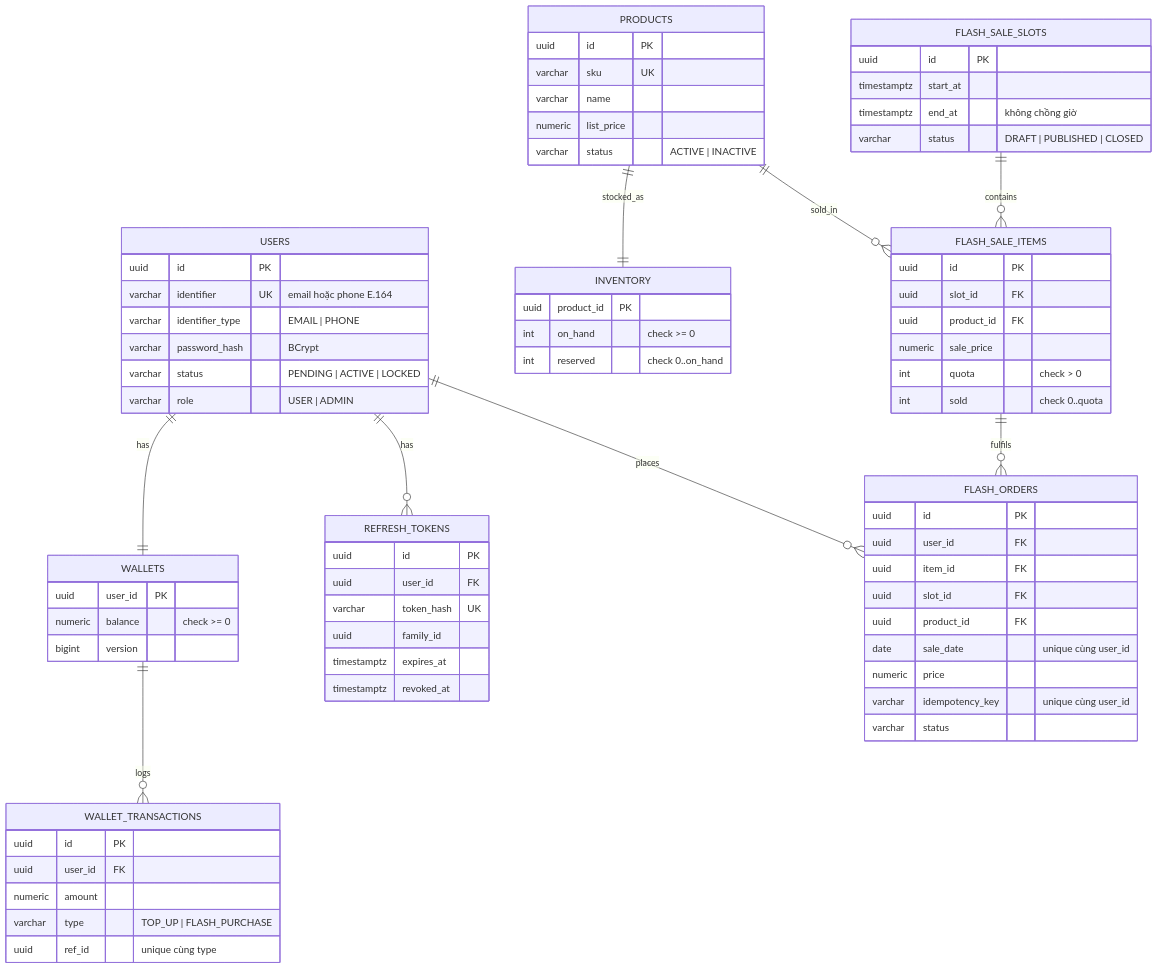
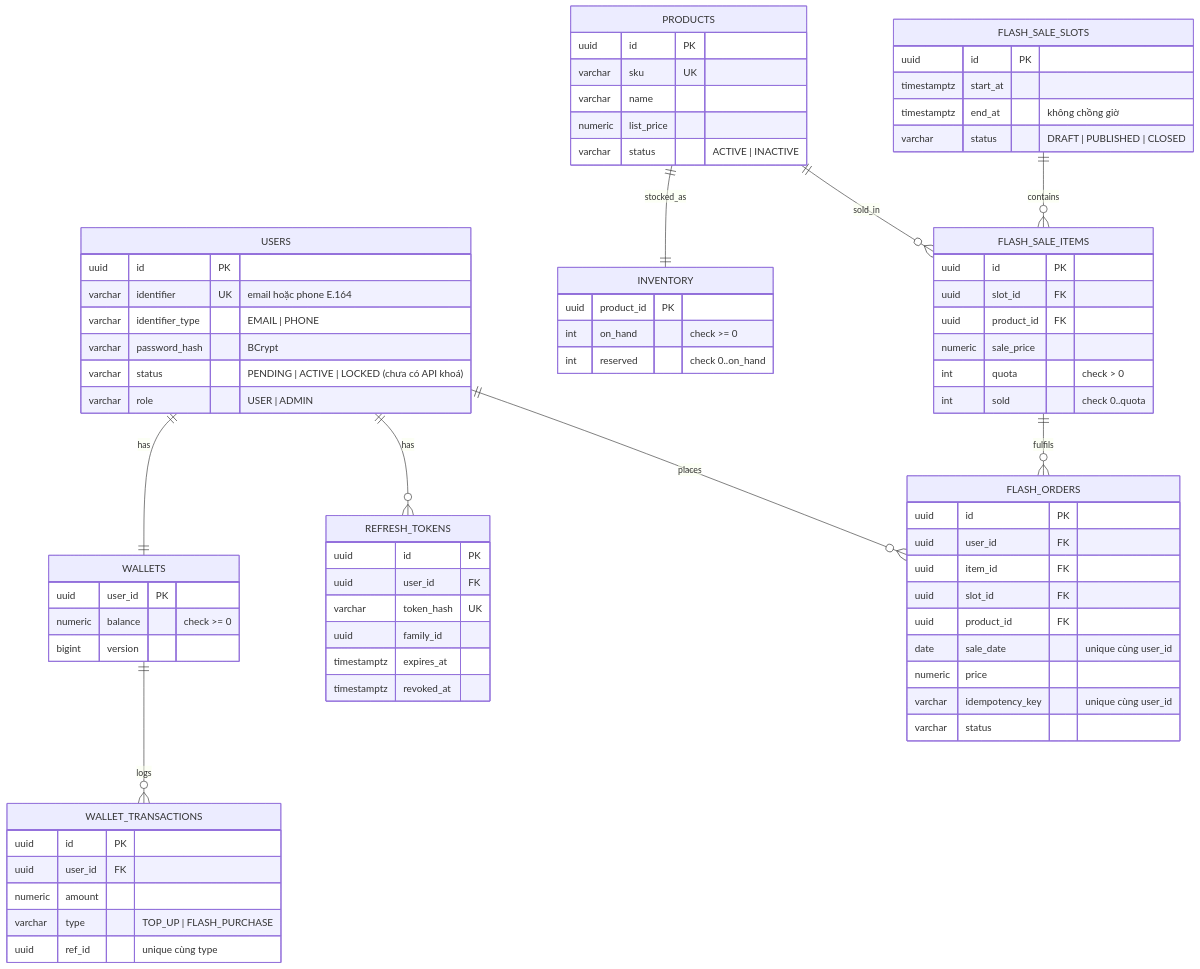
One commit to lebronjamesbe01-dev/flashsale-service changed the fourth of 14 diagrams in docs/system-design.md. Above: the diagram before and after it, drawn with Mermaid. The commit also changed other lines of this file and 1 other file, not shown here.

Commit message:
docs: update README and system design for hardened flows

````diff
--- a/docs/system-design.md
+++ b/docs/system-design.md
@@ -79,77 +79,77 @@
 ```mermaid
 erDiagram
     USERS ||--|| WALLETS : has
     USERS ||--o{ REFRESH_TOKENS : has
     USERS ||--o{ FLASH_ORDERS : places
     WALLETS ||--o{ WALLET_TRANSACTIONS : logs
     PRODUCTS ||--|| INVENTORY : stocked_as
     PRODUCTS ||--o{ FLASH_SALE_ITEMS : sold_in
     FLASH_SALE_SLOTS ||--o{ FLASH_SALE_ITEMS : contains
     FLASH_SALE_ITEMS ||--o{ FLASH_ORDERS : fulfils
 
     USERS {
         uuid id PK
         varchar identifier UK "email hoặc phone E.164"
         varchar identifier_type "EMAIL | PHONE"
         varchar password_hash "BCrypt"
-        varchar status "PENDING | ACTIVE | LOCKED"
+        varchar status "PENDING | ACTIVE | LOCKED (chưa có API khoá)"
         varchar role "USER | ADMIN"
     }
     WALLETS {
         uuid user_id PK
         numeric balance "check >= 0"
         bigint version
     }
     WALLET_TRANSACTIONS {
         uuid id PK
         uuid user_id FK
         numeric amount
         varchar type "TOP_UP | FLASH_PURCHASE"
         uuid ref_id "unique cùng type"
     }
     REFRESH_TOKENS {
         uuid id PK
         uuid user_id FK
         varchar token_hash UK
         uuid family_id
         timestamptz expires_at
         timestamptz revoked_at
     }
     PRODUCTS {
         uuid id PK
         varchar sku UK
         varchar name
         numeric list_price
         varchar status "ACTIVE | INACTIVE"
     }
     INVENTORY {
         uuid product_id PK
         int on_hand "check >= 0"
         int reserved "check 0..on_hand"
     }
     FLASH_SALE_SLOTS {
         uuid id PK
         timestamptz start_at
         timestamptz end_at "không chồng giờ"
         varchar status "DRAFT | PUBLISHED | CLOSED"
     }
     FLASH_SALE_ITEMS {
         uuid id PK
         uuid slot_id FK
         uuid product_id FK
         numeric sale_price
         int quota "check > 0"
         int sold "check 0..quota"
     }
     FLASH_ORDERS {
         uuid id PK
         uuid user_id FK
         uuid item_id FK
         uuid slot_id FK
         uuid product_id FK
         date sale_date "unique cùng user_id"
         numeric price
         varchar idempotency_key "unique cùng user_id"
         varchar status
     }
 ```
````
